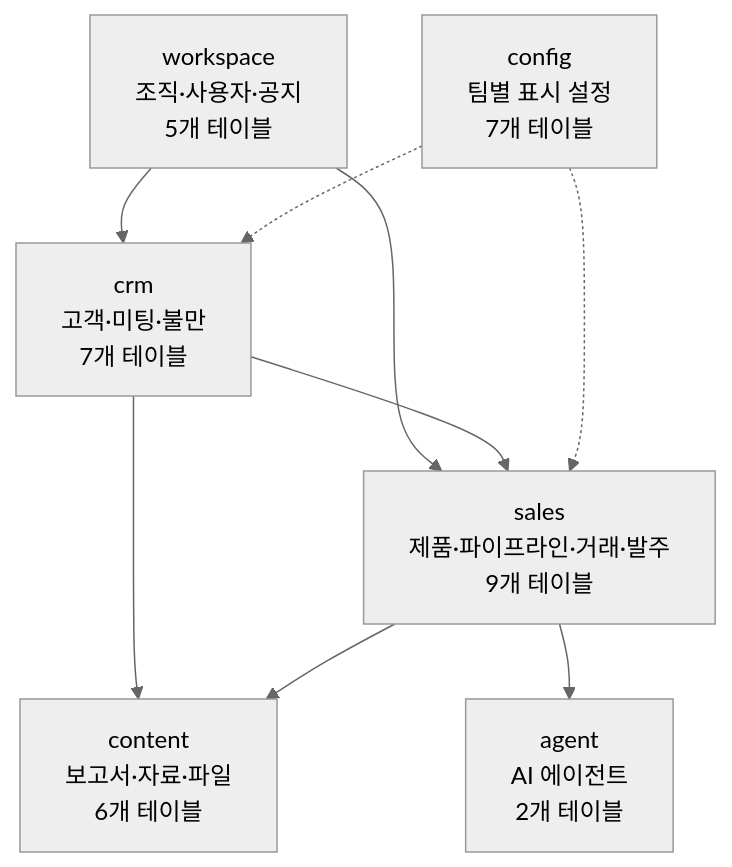
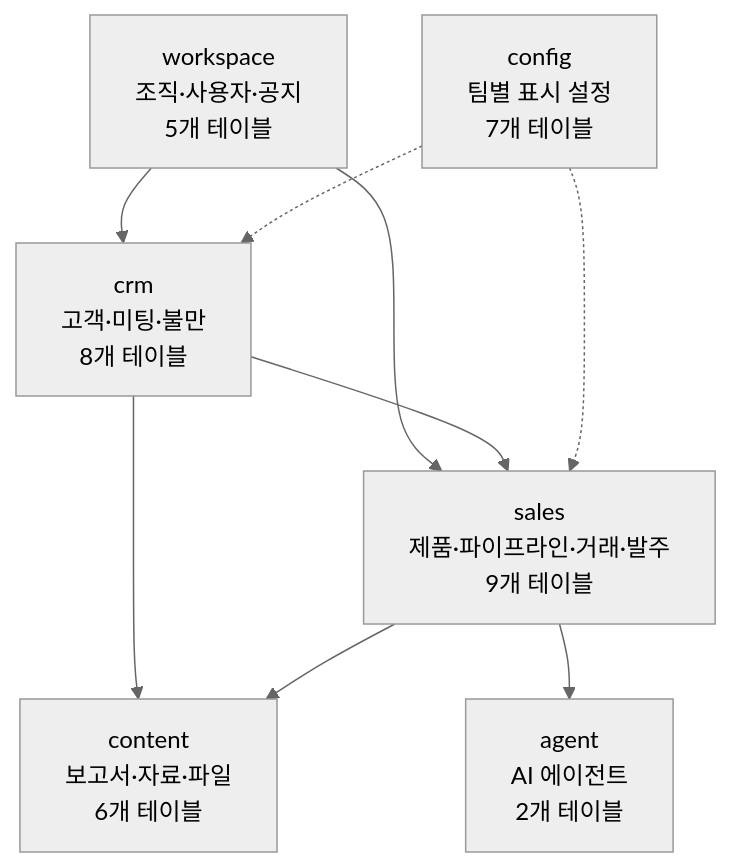
The first of 9 diagrams in docs/database/ERD.md (SKNETWORKS-FAMILY-AICAMP/SKN30-FINAL-1Team), drawn with Mermaid (neutral theme) before and after one commit. The commit also changed other lines of this file and 19 other files, not shown here.

````diff
--- a/docs/database/ERD.md
+++ b/docs/database/ERD.md
@@ -11,17 +11,17 @@
 ```mermaid
 flowchart TB
     workspace["workspace<br/>조직·사용자·공지<br/>5개 테이블"]
-    crm["crm<br/>고객·미팅·불만<br/>7개 테이블"]
+    crm["crm<br/>고객·미팅·불만<br/>8개 테이블"]
     sales["sales<br/>제품·파이프라인·거래·발주<br/>9개 테이블"]
     content["content<br/>보고서·자료·파일<br/>6개 테이블"]
     agent["agent<br/>AI 에이전트<br/>2개 테이블"]
     config["config<br/>팀별 표시 설정<br/>7개 테이블"]
     workspace --> crm
     workspace --> sales
     crm --> sales
     crm --> content
     sales --> content
     sales --> agent
     config -.-> crm
     config -.-> sales
 ```
````
